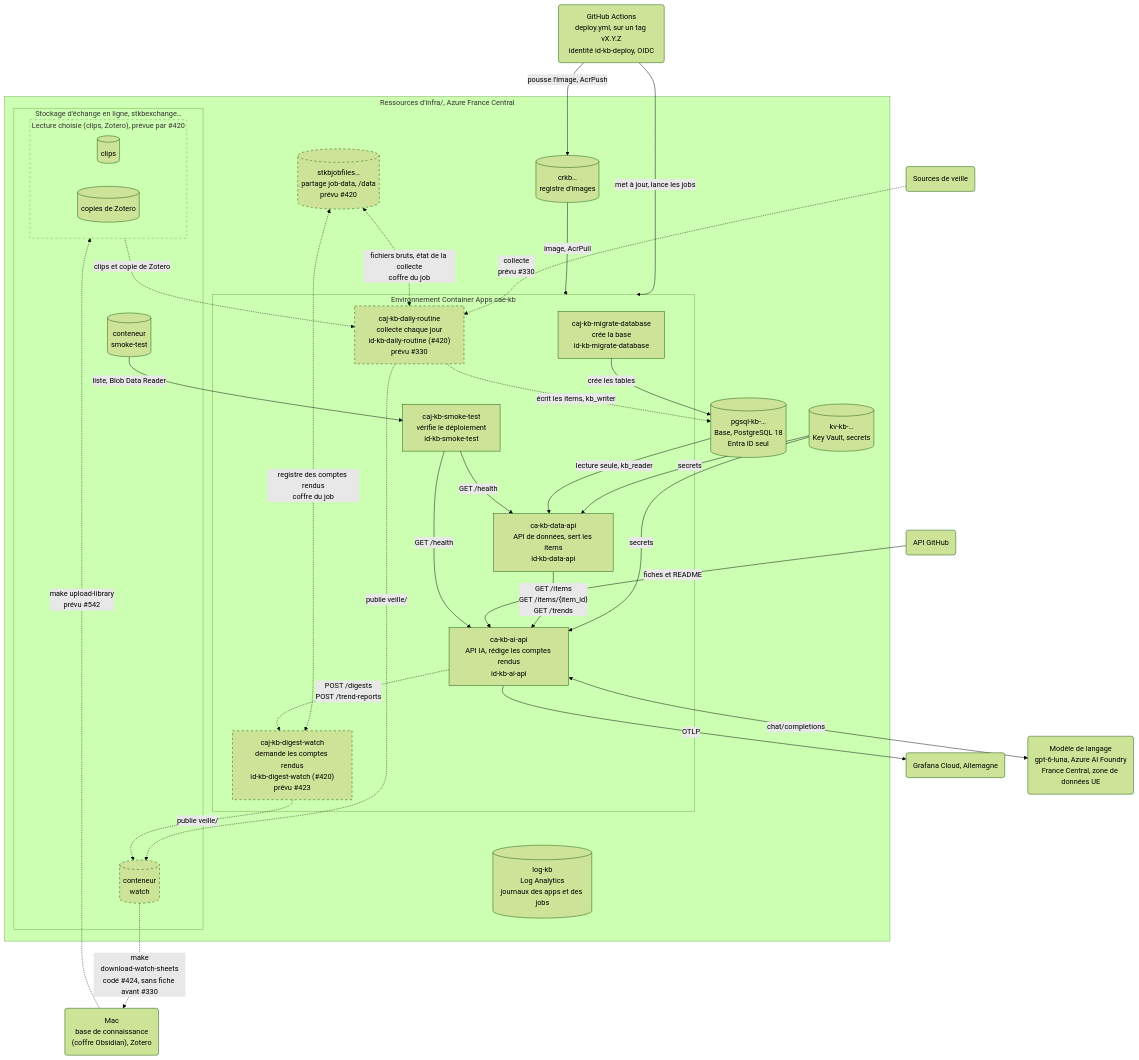
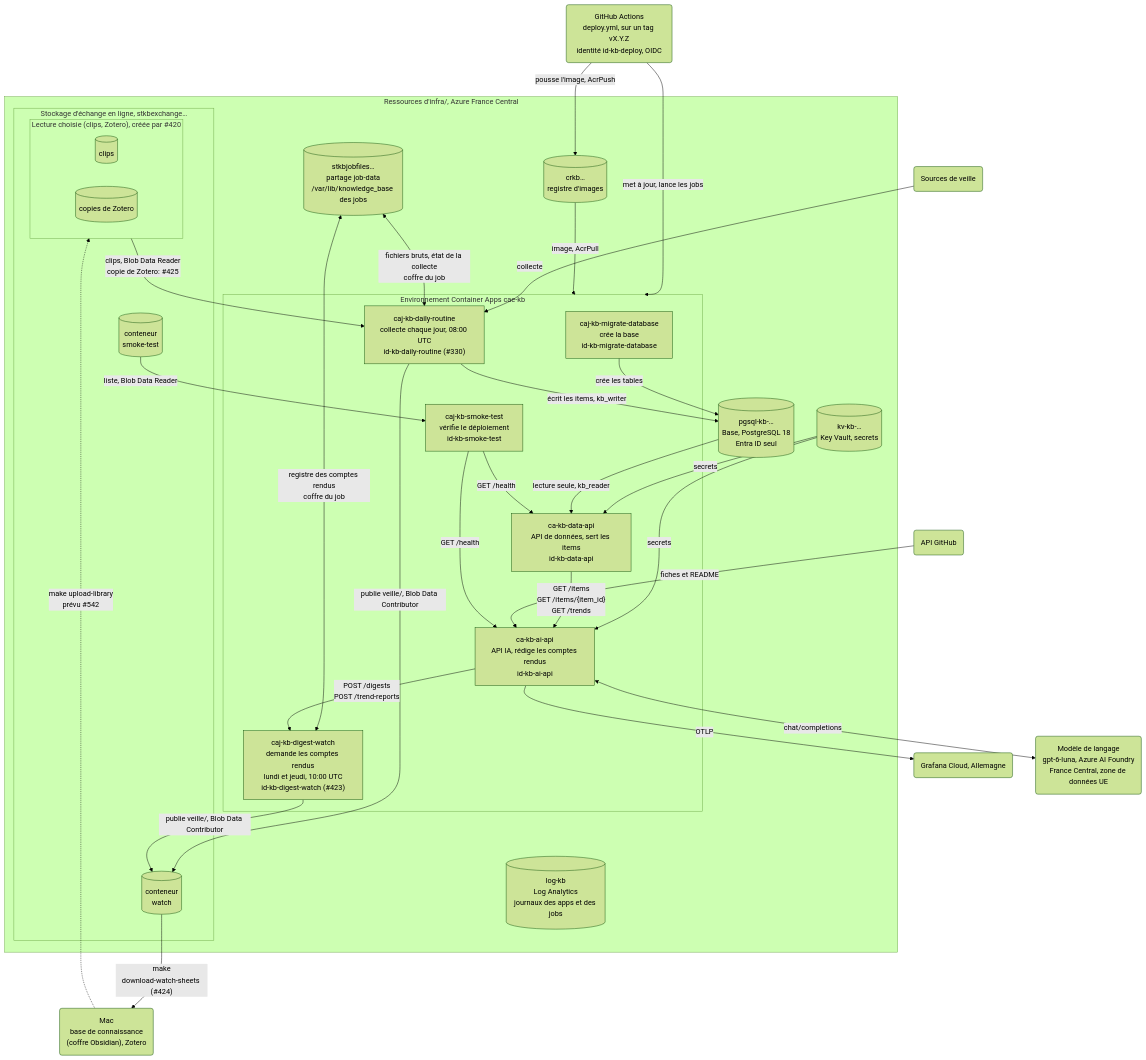
Before and after one commit to SabineLaurent/K-B: the fourth of 4 diagrams in documentation/architecture_pour_docu.md, drawn with Mermaid (forest theme). The commit also changed other lines of this file and 4 other files, not shown here.

Commit message:
docs: write the two scheduled jobs as deployed in the README, the architecture sheets and the delivery sheet, the omission of issue 330 included, and cite issue 565 for the gap of the window (issue 423)

````diff
--- a/documentation/architecture_pour_docu.md
+++ b/documentation/architecture_pour_docu.md
@@ -379,61 +380,56 @@
 ```mermaid
 flowchart TB
     actions("GitHub Actions<br>deploy.yml, sur un tag vX.Y.Z<br>identité id-kb-deploy, OIDC")
     mac("Mac<br>base de connaissance<br>(coffre Obsidian), Zotero")
     sources("Sources de veille")
     subgraph azure["Ressources d'infra/, Azure France Central"]
         registry[("crkb…<br>registre d'images")]
         keyVault[("kv-kb-…<br>Key Vault, secrets")]
         logs[("log-kb<br>Log Analytics<br>journaux des apps et des jobs")]
         subgraph cae["Environnement Container Apps cae-kb"]
             migrateJob["caj-kb-migrate-database<br>crée la base<br>id-kb-migrate-database"]
             smokeJob["caj-kb-smoke-test<br>vérifie le déploiement<br>id-kb-smoke-test"]
             dataApi["ca-kb-data-api<br>API de données, sert les items<br>id-kb-data-api"]
             aiApi["ca-kb-ai-api<br>API IA, rédige les comptes rendus<br>id-kb-ai-api"]
-            dailyJob["caj-kb-daily-routine<br>collecte chaque jour<br>id-kb-daily-routine (#420)<br>prévu #330"]
-            digestJob["caj-kb-digest-watch<br>demande les comptes rendus<br>id-kb-digest-watch (#420)<br>prévu #423"]
+            dailyJob["caj-kb-daily-routine<br>collecte chaque jour, 08:00 UTC<br>id-kb-daily-routine (#330)"]
+            digestJob["caj-kb-digest-watch<br>demande les comptes rendus<br>lundi et jeudi, 10:00 UTC<br>id-kb-digest-watch (#423)"]
         end
         base[("pgsql-kb-…<br>Base, PostgreSQL 18<br>Entra ID seul")]
         subgraph exchange["Stockage d'échange en ligne, stkbexchange…"]
             smokeContainer[("conteneur<br>smoke-test")]
-            subgraph choice["Lecture choisie (clips, Zotero), prévue par #420"]
+            subgraph choice["Lecture choisie (clips, Zotero), créée par #420"]
                 clipContainer[("clips")]
                 zoteroContainer[("copies de Zotero")]
             end
             watchContainer[("conteneur<br>watch")]
         end
-        jobFiles[("stkbjobfiles…<br>partage job-data, /data<br>prévu #420")]
+        jobFiles[("stkbjobfiles…<br>partage job-data<br>/var/lib/knowledge_base des jobs")]
     end
     grafana("Grafana Cloud, Allemagne")
     githubApi("API GitHub")
     model("Modèle de langage<br>gpt-6-luna, Azure AI Foundry<br>France Central, zone de données UE")
-    style dailyJob stroke-dasharray: 5 5
-    style digestJob stroke-dasharray: 5 5
-    style choice stroke-dasharray: 5 5
-    style watchContainer stroke-dasharray: 5 5
-    style jobFiles stroke-dasharray: 5 5
     actions -->|"pousse l'image, AcrPush"| registry
     actions -->|"met à jour, lance les jobs"| cae
     registry -->|"image, AcrPull"| cae
     keyVault -->|"secrets"| dataApi
     keyVault -->|"secrets"| aiApi
     migrateJob -->|"crée les tables"| base
     base -->|"lecture seule, kb_reader"| dataApi
     dataApi -->|"GET /items<br>GET /items/{item_id}<br>GET /trends"| aiApi
     aiApi -->|"OTLP"| grafana
     githubApi -->|"fiches et README"| aiApi
     aiApi <-->|"chat/completions"| model
     smokeContainer -->|"liste, Blob Data Reader"| smokeJob
     smokeJob -->|"GET /health"| dataApi
     smokeJob -->|"GET /health"| aiApi
     mac -.->|"make upload-library<br>prévu #542"| choice
-    sources -.->|"collecte<br>prévu #330"| dailyJob
-    choice -.->|"clips et copie de Zotero"| dailyJob
-    dailyJob -.->|"écrit les items, kb_writer"| base
-    jobFiles <-.->|"fichiers bruts, état de la collecte<br>coffre du job"| dailyJob
-    jobFiles <-.->|"registre des comptes rendus<br>coffre du job"| digestJob
-    aiApi -.->|"POST /digests<br>POST /trend-reports"| digestJob
-    dailyJob -.->|"publie veille/"| watchContainer
-    digestJob -.->|"publie veille/"| watchContainer
-    watchContainer -.->|"make<br>download-watch-sheets<br>codé #424, sans fiche avant #330"| mac
+    sources -->|"collecte"| dailyJob
+    choice -->|"clips, Blob Data Reader<br>copie de Zotero: #425"| dailyJob
+    dailyJob -->|"écrit les items, kb_writer"| base
+    jobFiles <-->|"fichiers bruts, état de la collecte<br>coffre du job"| dailyJob
+    jobFiles <-->|"registre des comptes rendus<br>coffre du job"| digestJob
+    aiApi -->|"POST /digests<br>POST /trend-reports"| digestJob
+    dailyJob -->|"publie veille/, Blob Data Contributor"| watchContainer
+    digestJob -->|"publie veille/, Blob Data Contributor"| watchContainer
+    watchContainer -->|"make<br>download-watch-sheets (#424)"| mac
 ```
````
